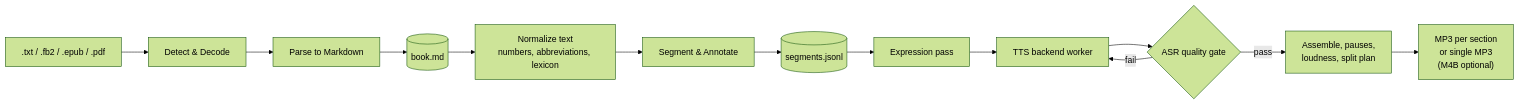
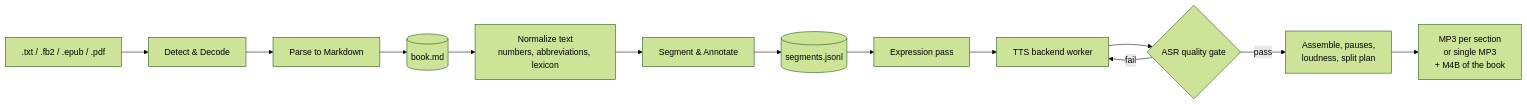
The diagram in SPEC.md (Sigura/text2speech-ru), drawn with Mermaid (forest theme) before and after one commit. The commit also changed other lines of this file and 9 other files, not shown here.

````diff
--- a/SPEC.md
+++ b/SPEC.md
@@ -145,15 +146,15 @@
 ```mermaid
 flowchart LR
     IN[".txt / .fb2 / .epub / .pdf"] --> DET[Detect & Decode]
     DET --> PARSE[Parse to Markdown]
     PARSE --> MD[(book.md)]
     MD --> NORM[Normalize text<br/>numbers, abbreviations, lexicon]
     NORM --> SEG[Segment & Annotate]
     SEG --> MAN[(segments.jsonl)]
     MAN --> EXPR[Expression pass]
     EXPR --> TTS[TTS backend worker]
     TTS --> QA{ASR quality gate}
     QA -- fail --> TTS
     QA -- pass --> POST[Assemble, pauses,<br/>loudness, split plan]
-    POST --> OUT["MP3 per section<br/>or single MP3<br/>(M4B optional)"]
+    POST --> OUT["MP3 per section<br/>or single MP3<br/>+ M4B of the book"]
 ```
````
